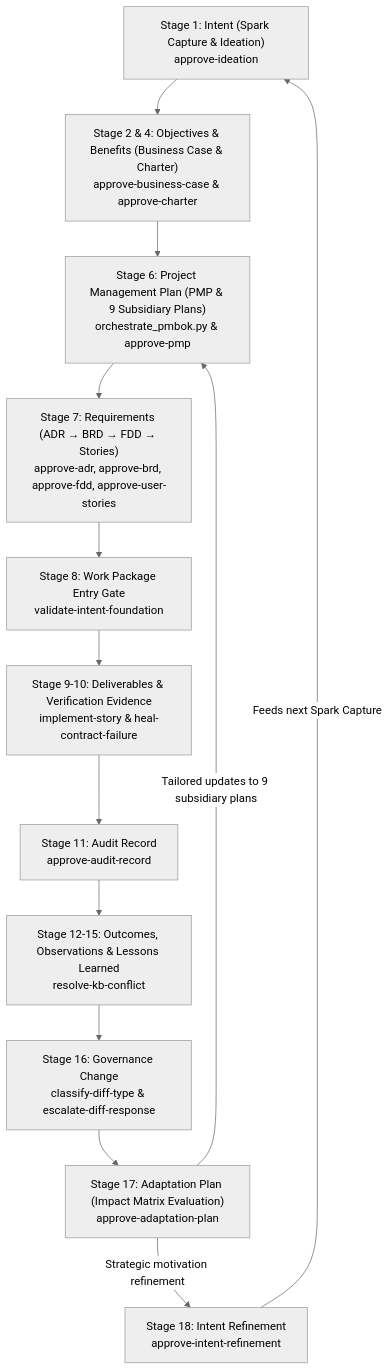
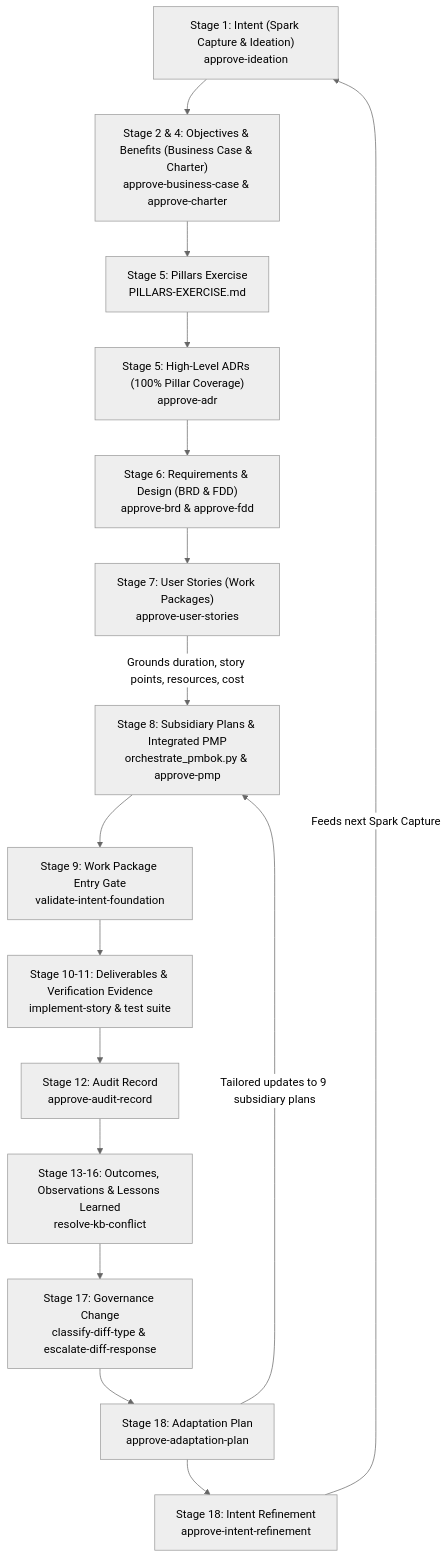
The diagram in README.md (mdresch/sidpa-template), drawn with Mermaid (neutral theme) before and after one commit. The commit also changed other lines of this file and 8 other files, not shown here.

First line of the commit message:
feat(governance): codify agent QA directives, pillars exercise, and work package derivation

````diff
--- a/README.md
+++ b/README.md
@@ -99,15 +103,18 @@
 ```mermaid
 flowchart TD
     SPARK["Stage 1: Intent (Spark Capture & Ideation)<br/>approve-ideation"] --> CHARTER["Stage 2 & 4: Objectives & Benefits (Business Case & Charter)<br/>approve-business-case & approve-charter"]
-    CHARTER --> PMP["Stage 6: Project Management Plan (PMP & 9 Subsidiary Plans)<br/>orchestrate_pmbok.py & approve-pmp"]
-    PMP --> REQ["Stage 7: Requirements (ADR → BRD → FDD → Stories)<br/>approve-adr, approve-brd, approve-fdd, approve-user-stories"]
-    REQ --> WP["Stage 8: Work Package Entry Gate<br/>validate-intent-foundation"]
-    WP --> EXEC["Stage 9-10: Deliverables & Verification Evidence<br/>implement-story & heal-contract-failure"]
-    EXEC --> AUDIT["Stage 11: Audit Record<br/>approve-audit-record"]
-    AUDIT --> OUTCOME["Stage 12-15: Outcomes, Observations & Lessons Learned<br/>resolve-kb-conflict"]
-    OUTCOME --> GOV["Stage 16: Governance Change<br/>classify-diff-type & escalate-diff-response"]
-    GOV --> ADAPT["Stage 17: Adaptation Plan (Impact Matrix Evaluation)<br/>approve-adaptation-plan"]
+    CHARTER --> PIL["Stage 5: Pillars Exercise<br/>PILLARS-EXERCISE.md"]
+    PIL --> ADR["Stage 5: High-Level ADRs (100% Pillar Coverage)<br/>approve-adr"]
+    ADR --> REQ["Stage 6: Requirements & Design (BRD & FDD)<br/>approve-brd & approve-fdd"]
+    REQ --> US["Stage 7: User Stories (Work Packages)<br/>approve-user-stories"]
+    US -->|"Grounds duration, story points, resources, cost"| PMP["Stage 8: Subsidiary Plans & Integrated PMP<br/>orchestrate_pmbok.py & approve-pmp"]
+    PMP --> WP["Stage 9: Work Package Entry Gate<br/>validate-intent-foundation"]
+    WP --> EXEC["Stage 10-11: Deliverables & Verification Evidence<br/>implement-story & test suite"]
+    EXEC --> AUDIT["Stage 12: Audit Record<br/>approve-audit-record"]
+    AUDIT --> OUTCOME["Stage 13-16: Outcomes, Observations & Lessons Learned<br/>resolve-kb-conflict"]
+    OUTCOME --> GOV["Stage 17: Governance Change<br/>classify-diff-type & escalate-diff-response"]
+    GOV --> ADAPT["Stage 18: Adaptation Plan<br/>approve-adaptation-plan"]
     ADAPT -->|"Tailored updates to 9 subsidiary plans"| PMP
-    ADAPT -->|"Strategic motivation refinement"| REFINE["Stage 18: Intent Refinement<br/>approve-intent-refinement"]
+    ADAPT --> REFINE["Stage 18: Intent Refinement<br/>approve-intent-refinement"]
     REFINE -->|"Feeds next Spark Capture"| SPARK
 ```
````
